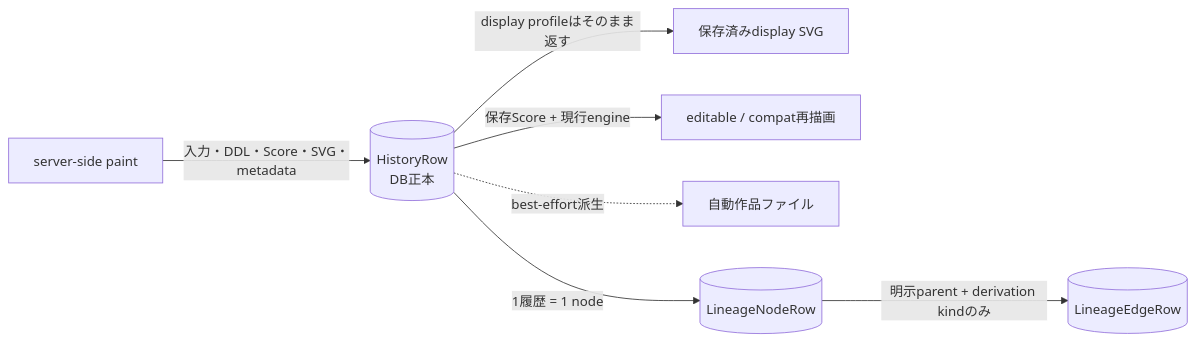
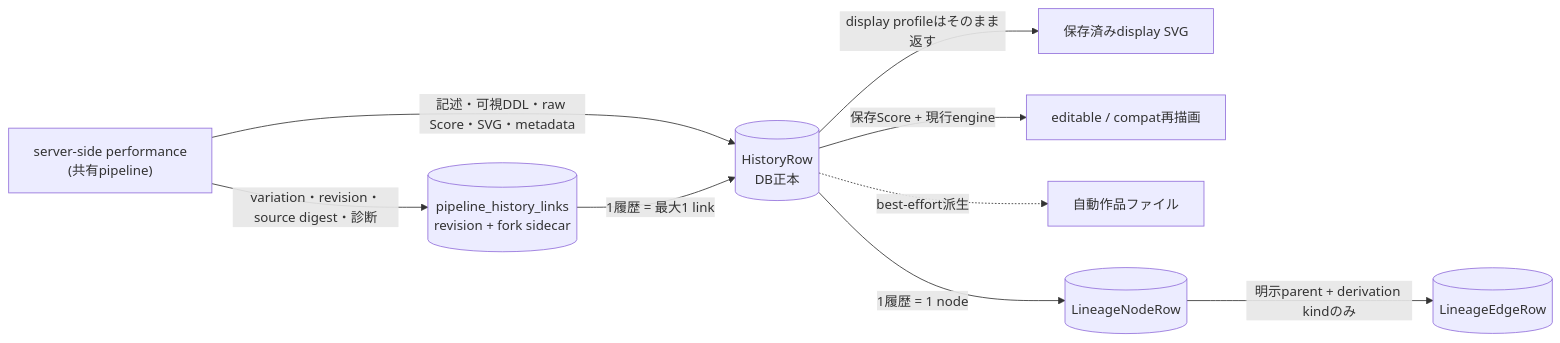
The first of 5 diagrams in docs/architecture/data-history-lineage.ja.md (oikawas/inku-lang), drawn with Mermaid before and after one commit. The commit also changed other lines of this file and 27 other files, not shown here.

First line of the commit message:
Update architecture documents for the shared Rust pipeline

````diff
--- a/docs/architecture/data-history-lineage.ja.md
+++ b/docs/architecture/data-history-lineage.ja.md
@@ -5,17 +5,20 @@
 ```mermaid
 flowchart LR
-    PAINT["server-side paint"]
+    PAINT["server-side performance\n(共有pipeline)"]
     ROW[("HistoryRow\nDB正本")]
+    LINK[("pipeline_history_links\nrevision + fork sidecar")]
     SVG["保存済みdisplay SVG"]
     EXPORT["editable / compat再描画"]
     FILES["自動作品ファイル"]
     NODE[("LineageNodeRow")]
     EDGE[("LineageEdgeRow")]
 
-    PAINT -->|"入力・DDL・Score・SVG・metadata"| ROW
+    PAINT -->|"記述・可視DDL・raw Score・SVG・metadata"| ROW
+    PAINT -->|"variation・revision・source digest・診断"| LINK
+    LINK -->|"1履歴 = 最大1 link"| ROW
     ROW -->|"display profileはそのまま返す"| SVG
     ROW -->|"保存Score + 現行engine"| EXPORT
     ROW -.->|"best-effort派生"| FILES
     ROW -->|"1履歴 = 1 node"| NODE
     NODE -->|"明示parent + derivation kindのみ"| EDGE
 ```
````
